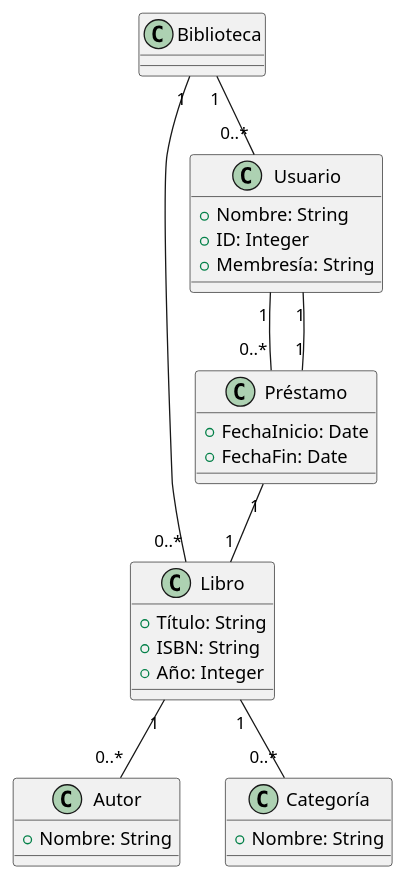
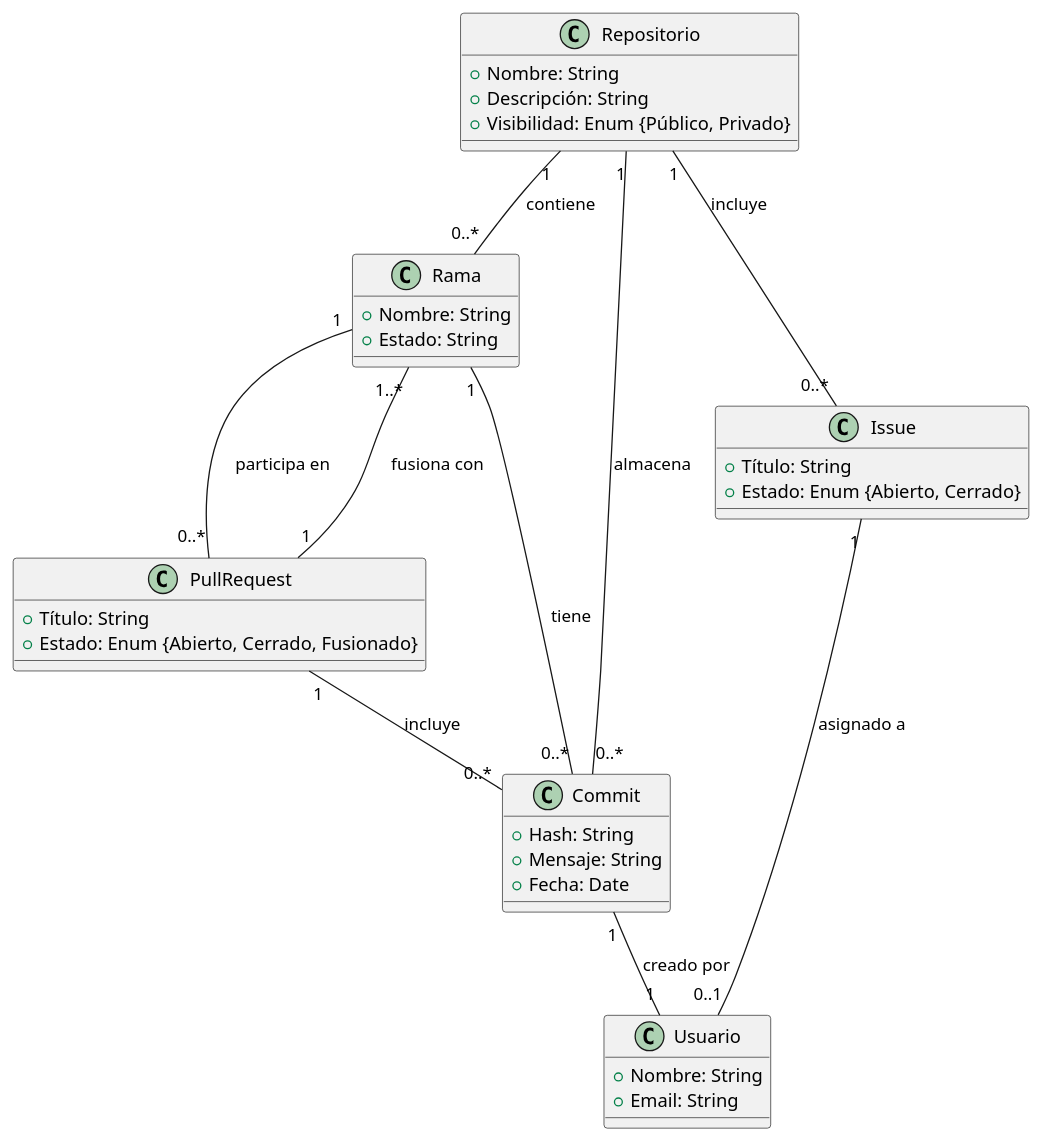
The diagram in entregas/AndersonLiam/reto-005/Diagrama.puml (mmasias/24-25-EDA1), drawn with PlantUML before and after one commit. The commit also changed 1 other file, not shown here.

Commit message:
Ultimo commit

```diff
--- a/entregas/AndersonLiam/reto-005/Diagrama.puml
+++ b/entregas/AndersonLiam/reto-005/Diagrama.puml
@@ -1,37 +1,43 @@
 @startuml
-class Biblioteca {
+class Repositorio {
+  +Nombre: String
+  +Descripción: String
+  +Visibilidad: Enum {Público, Privado}
 }
 
-class Libro {
+class Rama {
+  +Nombre: String
+  +Estado: String
+}
+
+class PullRequest {
   +Título: String
-  +ISBN: String
-  +Año: Integer
+  +Estado: Enum {Abierto, Cerrado, Fusionado}
+}
+
+class Commit {
+  +Hash: String
+  +Mensaje: String
+  +Fecha: Date
 }
 
 class Usuario {
   +Nombre: String
-  +ID: Integer
-  +Membresía: String
+  +Email: String
 }
 
-class Autor {
-  +Nombre: String
+class Issue {
+  +Título: String
+  +Estado: Enum {Abierto, Cerrado}
 }
 
-class Préstamo {
-  +FechaInicio: Date
-  +FechaFin: Date
-}
-
-class Categoría {
-  +Nombre: String
-}
-
-Biblioteca "1" -- "0..*" Libro 
-Biblioteca "1" -- "0..*" Usuario 
-Libro "1" -- "0..*" Autor 
-Libro "1" -- "0..*" Categoría
-Usuario "1" -- "0..*" Préstamo
-Préstamo "1" -- "1" Libro
-Préstamo "1" -- "1" Usuario
+Repositorio "1" -- "0..*" Rama : contiene
+Repositorio "1" -- "0..*" Commit : almacena
+Repositorio "1" -- "0..*" Issue : incluye
+Rama "1" -- "0..*" Commit : tiene
+Rama "1" -- "0..*" PullRequest : participa en
+PullRequest "1" -- "0..*" Commit : incluye
+PullRequest "1" -- "1..*" Rama : fusiona con
+Commit "1" -- "1" Usuario : creado por
+Issue "1" -- "0..1" Usuario : asignado a
 @enduml
```
